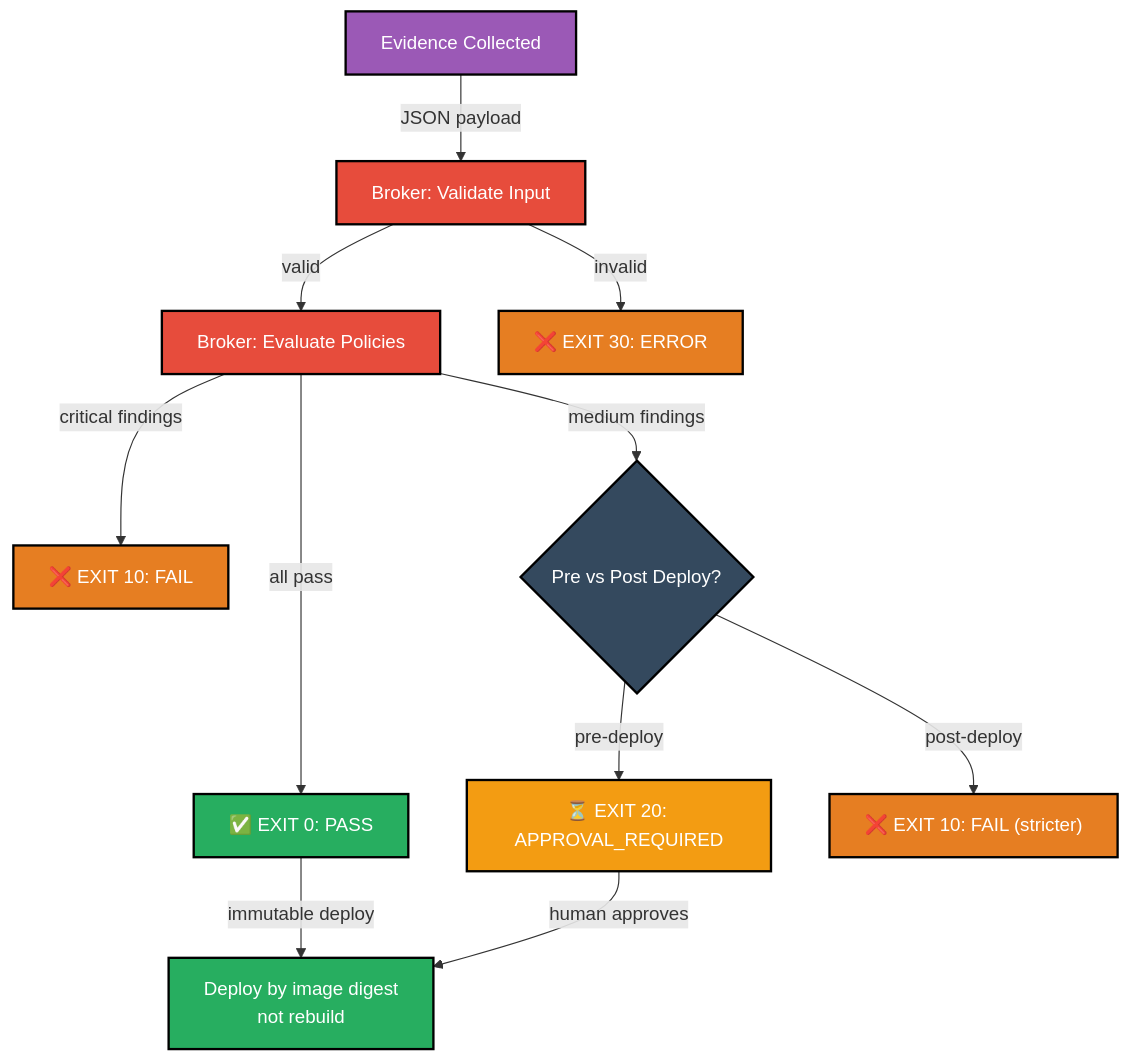
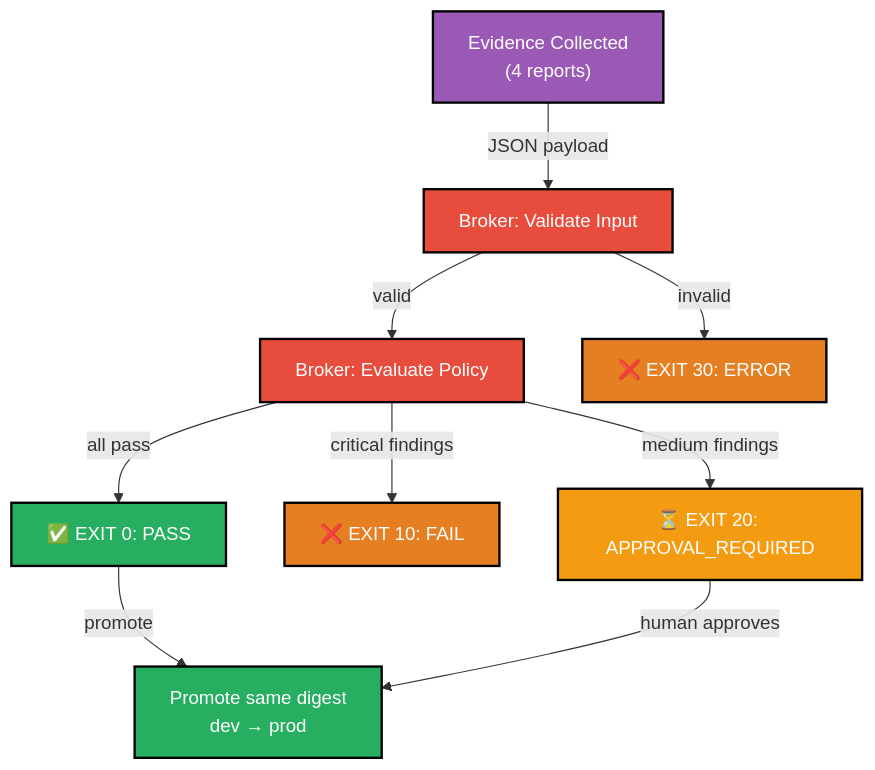
The third of 3 diagrams in docs/architecture.md (Georges034302/DRA2.0-POC-Demo-app), drawn with Mermaid before and after one commit. The commit also changed other lines of this file and 7 other files, not shown here.

Commit message:
Update all docs for dev/prod staged promotion architecture

````diff
--- a/docs/architecture.md
+++ b/docs/architecture.md
@@ -122,24 +121,20 @@
 ```mermaid
 graph TD
-    A["Evidence Collected"] -->|JSON payload| B["Broker: Validate Input"]
-    B -->|valid| C["Broker: Evaluate Policies"]
+    A["Evidence Collected<br/>(4 reports)"] -->|JSON payload| B["Broker: Validate Input"]
+    B -->|valid| C["Broker: Evaluate Policy"]
     B -->|invalid| D["❌ EXIT 30: ERROR"]
     C -->|all pass| E["✅ EXIT 0: PASS"]
     C -->|critical findings| F["❌ EXIT 10: FAIL"]
-    C -->|medium findings| G{Pre vs Post Deploy?}
-    G -->|pre-deploy| H["⏳ EXIT 20: APPROVAL_REQUIRED"]
-    G -->|post-deploy| I["❌ EXIT 10: FAIL (stricter)"]
-    E -->|immutable deploy| J["Deploy by image digest<br/>not rebuild"]
+    C -->|medium findings| H["⏳ EXIT 20: APPROVAL_REQUIRED"]
+    E -->|promote| J["Promote same digest<br/>dev → prod"]
     H -->|human approves| J
     
     style A fill:#9B59B6,stroke:#000,stroke-width:2px,color:#fff
     style B fill:#E74C3C,stroke:#000,stroke-width:2px,color:#fff
     style C fill:#E74C3C,stroke:#000,stroke-width:2px,color:#fff
     style D fill:#E67E22,stroke:#000,stroke-width:2px,color:#fff
     style E fill:#27AE60,stroke:#000,stroke-width:2px,color:#fff
     style F fill:#E67E22,stroke:#000,stroke-width:2px,color:#fff
-    style G fill:#34495E,stroke:#000,stroke-width:2px,color:#fff
     style H fill:#F39C12,stroke:#000,stroke-width:2px,color:#fff
-    style I fill:#E67E22,stroke:#000,stroke-width:2px,color:#fff
     style J fill:#27AE60,stroke:#000,stroke-width:2px,color:#fff
 ```
````
